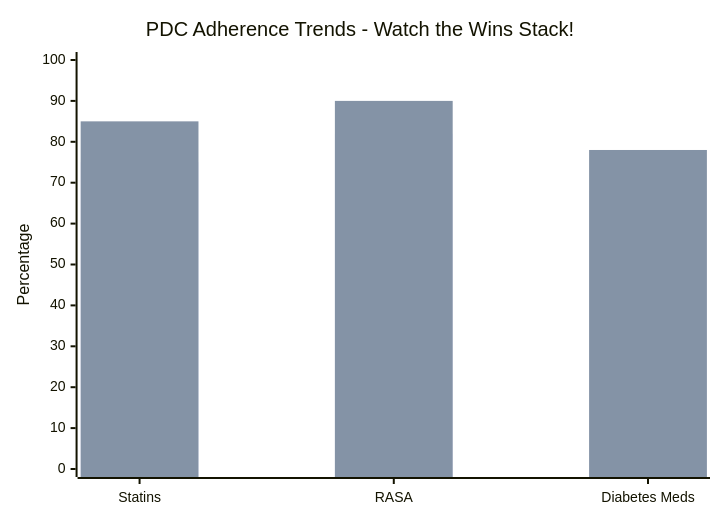
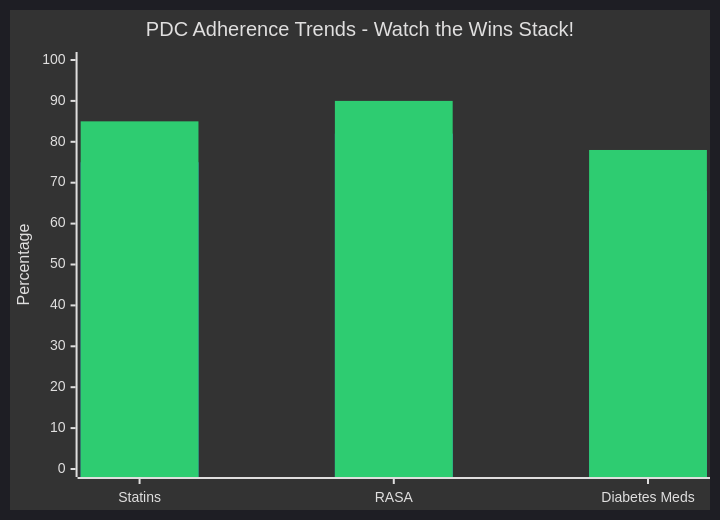
The third of 4 diagrams in README.md (daniel-QMTRY/QMTRY-Provider-Member-Engagement-Analytics), drawn with Mermaid before and after one commit. The commit also changed other lines of this file, not shown here.

````diff
--- a/README.md
+++ b/README.md
@@ -56,8 +56,9 @@
 ```mermaid
+%%{init: {'theme':'dark', 'themeVariables': { 'barFill': '#ff7f0e', 'secondBarFill': '#2ca02c' }}}%%
 xychart-beta
     title "PDC Adherence Trends - Watch the Wins Stack!"
     x-axis ["Statins", "RASA", "Diabetes Meds"]
     y-axis "Percentage" 0 --> 100
-    bar [75, 82, 68]
-    bar [85, 90, 78]
+    bar "Baseline" [75, 82, 68]
+    bar "Post-Outreach Lift" [85, 90, 78]
 ```
````
